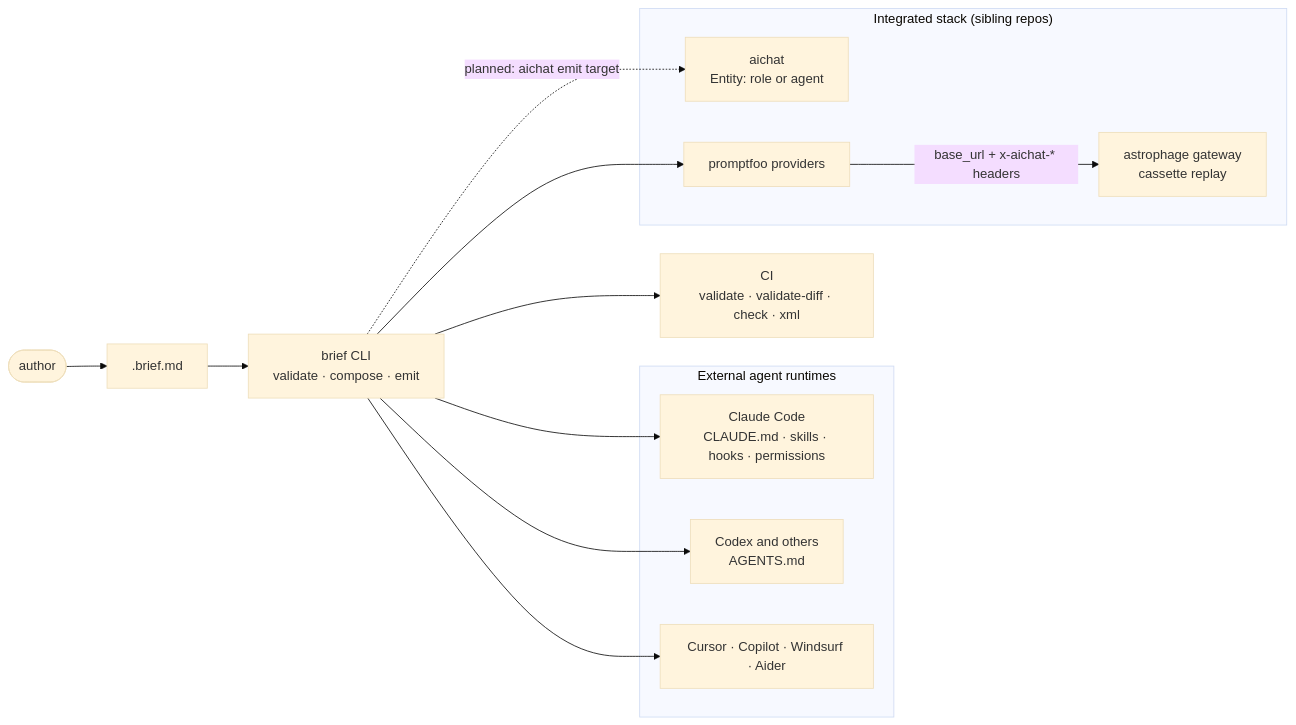
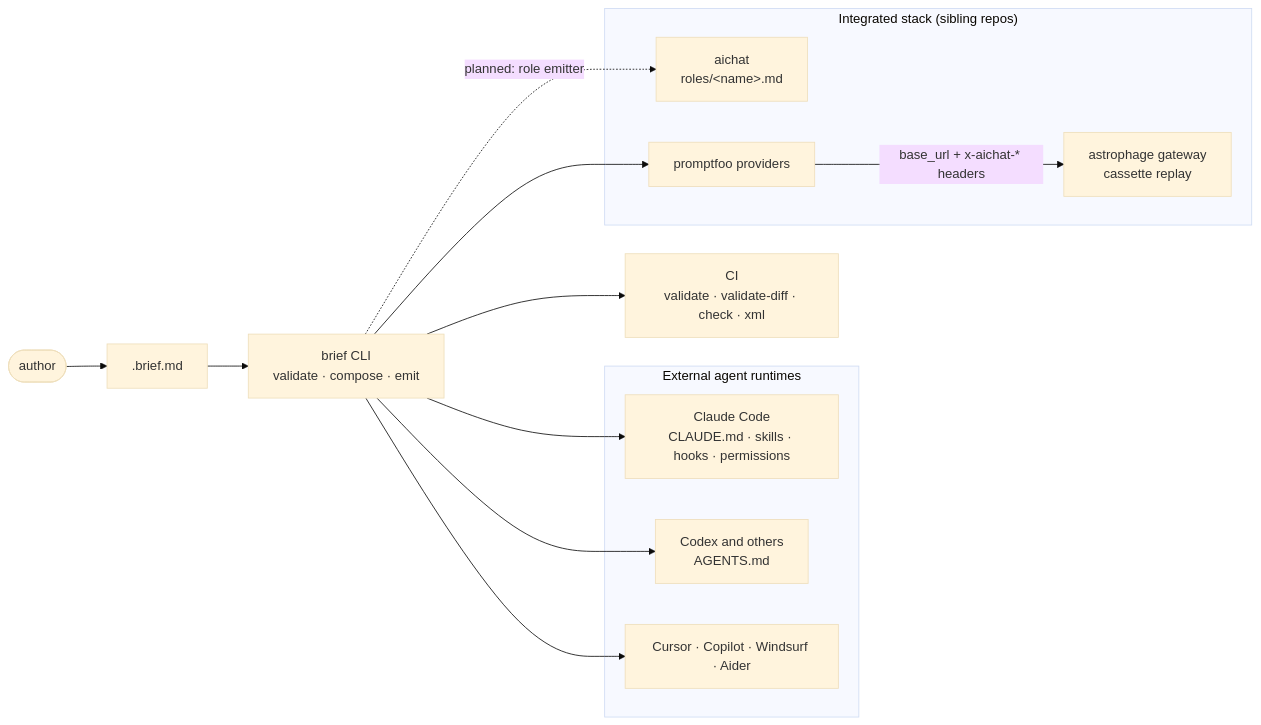
One commit to jikanter/brief changed the first of 2 diagrams in docs/architecture/README.md. Above: the diagram before and after it, drawn with Mermaid (base theme). The commit also changed other lines of this file and 10 other files, not shown here.

````diff
--- a/docs/architecture/README.md
+++ b/docs/architecture/README.md
@@ -17,27 +19,27 @@
 ```mermaid
 graph LR
   author([author]) --> brief_md[".brief.md"]
   brief_md --> brief["brief CLI<br/>validate · compose · emit"]
 
   subgraph external["External agent runtimes"]
     claude["Claude Code<br/>CLAUDE.md · skills · hooks · permissions"]
     agents["Codex and others<br/>AGENTS.md"]
     others["Cursor · Copilot · Windsurf · Aider"]
   end
 
   subgraph stack["Integrated stack (sibling repos)"]
-    aichat["aichat<br/>Entity: role or agent"]
+    aichat["aichat<br/>roles/&lt;name&gt;.md"]
     promptfoo["promptfoo providers"]
     astrophage["astrophage gateway<br/>cassette replay"]
   end
 
   ci["CI<br/>validate · validate-diff · check · xml"]
 
   brief --> claude
   brief --> agents
   brief --> others
-  brief -. "planned: aichat emit target" .-> aichat
+  brief -. "planned: role emitter" .-> aichat
   brief --> promptfoo
   promptfoo -- "base_url + x-aichat-* headers" --> astrophage
   brief --> ci
 ```
````
